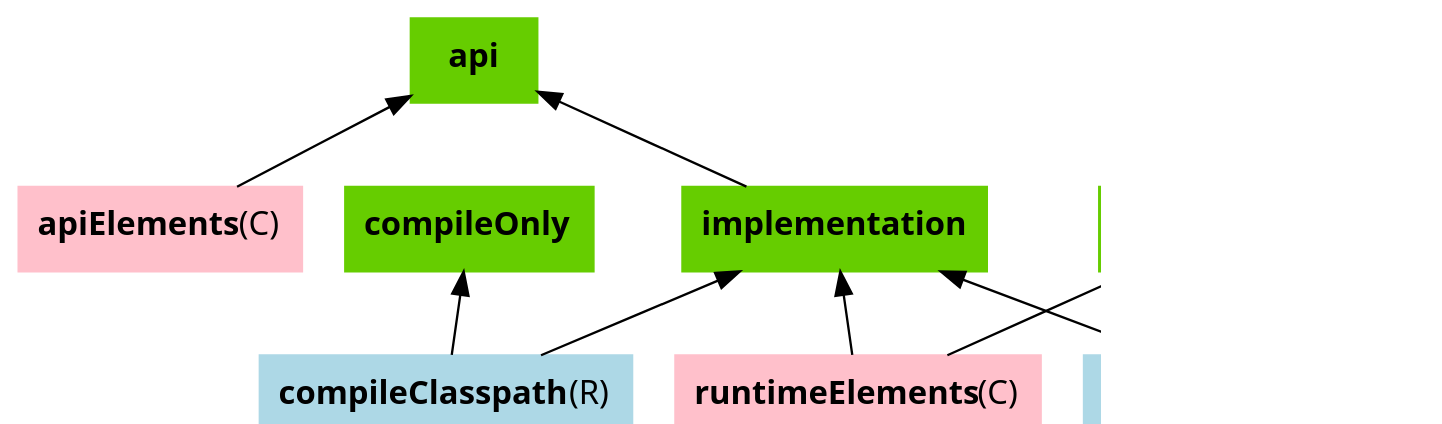
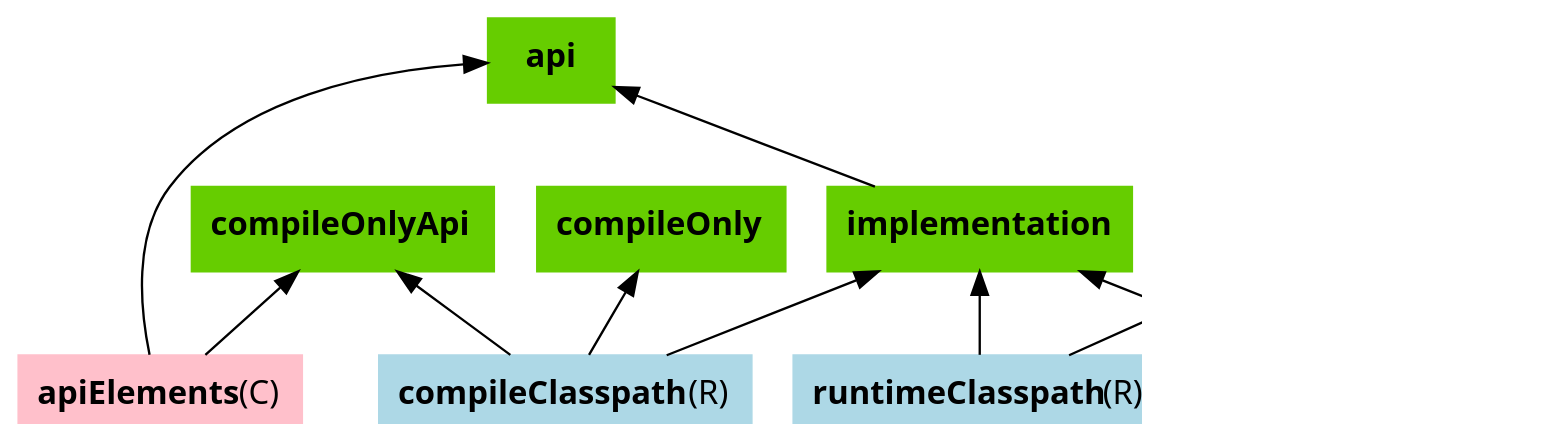
The diagram in subprojects/docs/src/docs/userguide/img/java-library-ignore-deprecated-main.dot (gradle/gradle), drawn with Graphviz before and after one commit. The commit also changed 5 other files, not shown here.

Commit message:
Document 'compileOnlyApi' for declaring dependencies in JVM libraries

```diff
--- a/subprojects/docs/src/docs/userguide/img/java-library-ignore-deprecated-main.dot
+++ b/subprojects/docs/src/docs/userguide/img/java-library-ignore-deprecated-main.dot
@@ -1,27 +1,30 @@
 digraph configurations {
     rankdir = BT;
    graph [ dpi = 100, fontname="Sans"];
    node [fontname = "Sans"];
    edge [fontname = "Sans"];
 
    "apiElements" [shape="box", label=<<B>apiElements</B>(C)>, color="pink", bgcolor="pink", style="filled"]
    "apiElements" -> "api"
+   "apiElements" -> "compileOnlyApi"
 
    "api" [shape="box", label=<<B>api</B>>, color="chartreuse3", bgcolor="chartreuse3", style="filled"]
+   "compileOnlyApi" [shape="box", label=<<B>compileOnlyApi</B>>, color="chartreuse3", bgcolor="chartreuse3", style="filled"]
 
    "compileClasspath" [shape="box", label=<<B>compileClasspath</B>(R)>, color="lightblue", bgcolor="lightblue", style="filled"]
    "compileClasspath" -> "compileOnly"
+   "compileClasspath" -> "compileOnlyApi"
    "compileOnly" [shape="box", label=<<B>compileOnly</B>>, color="chartreuse3", bgcolor="chartreuse3", style="filled"]
    "compileClasspath" -> "implementation"
    "implementation" [shape="box", label=<<B>implementation</B>>, color="chartreuse3", bgcolor="chartreuse3", style="filled"]
    "implementation" -> "api"
 
    "runtimeClasspath" [shape="box", label=<<B>runtimeClasspath</B>(R)>, color="lightblue", bgcolor="lightblue", style="filled"]
    "runtimeClasspath" -> "runtimeOnly"
    "runtimeOnly" [shape="box", label=<<B>runtimeOnly</B>>, color="chartreuse3", bgcolor="chartreuse3", style="filled"]
    "runtimeClasspath" -> "implementation"
    "runtimeElements" [shape="box", label=<<B>runtimeElements</B>(C)>, color="pink", bgcolor="pink", style="filled"]
    "runtimeElements" -> "implementation"
    "runtimeElements" -> "runtimeOnly"
 
 }
```
